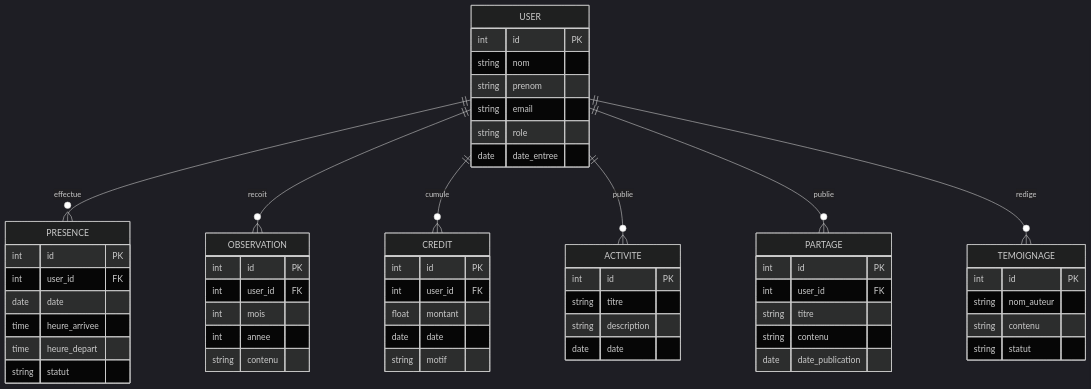
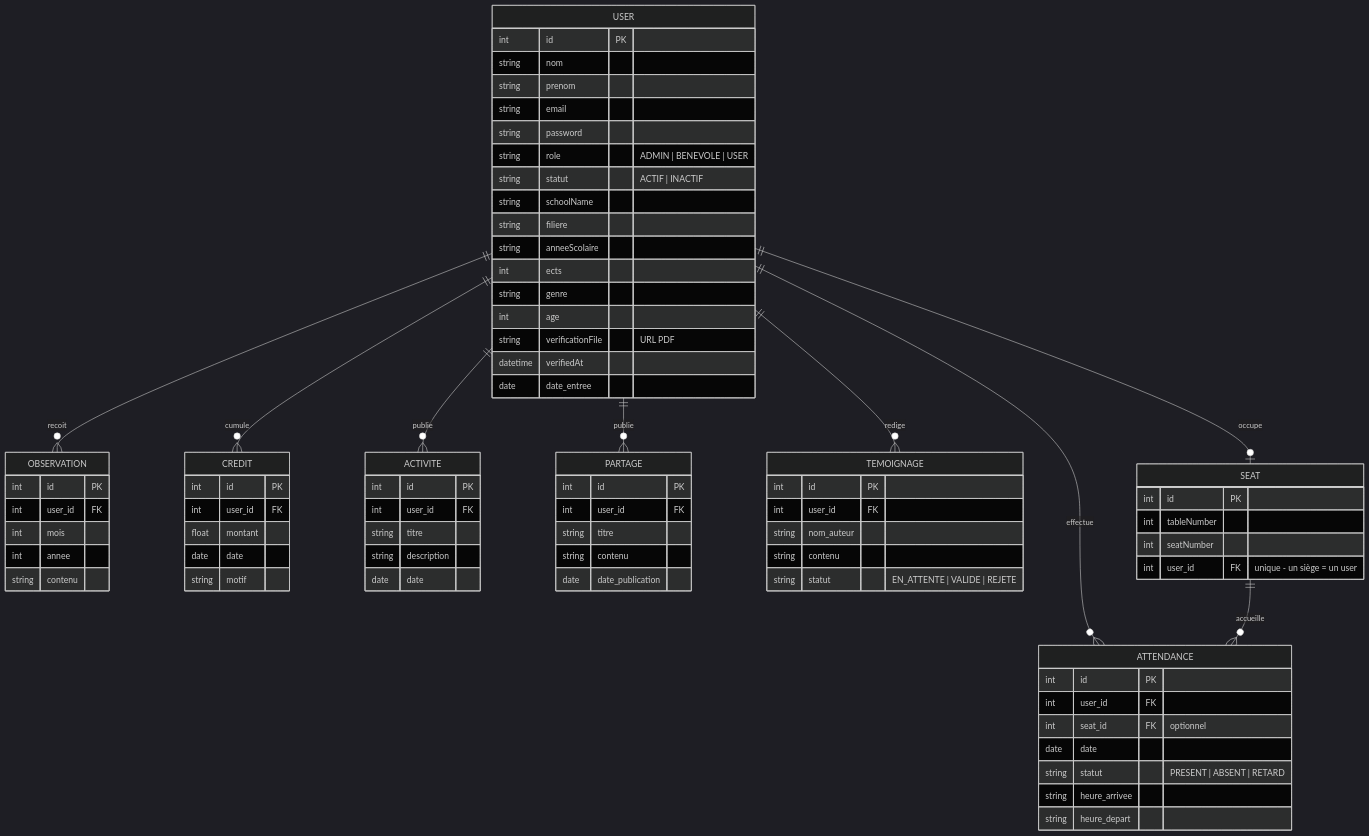
Before and after one commit to tahiry-dev-29/gestion-benevole-mdn: the second of 3 diagrams in todos/CDC_PWA_Gestion_Benevoles.md, drawn with Mermaid (dark theme). The commit also changed other lines of this file and 20 other files, not shown here.

First line of the commit message:
docs(todos): restructure sprints 0-7 with USER/BENEVOLE/Seat features

````diff
--- a/todos/CDC_PWA_Gestion_Benevoles.md
+++ b/todos/CDC_PWA_Gestion_Benevoles.md
@@ -80,59 +166,80 @@
 ```mermaid
 erDiagram
-  USER ||--o{ PRESENCE : effectue
+  USER ||--o{ ATTENDANCE : effectue
   USER ||--o{ OBSERVATION : recoit
   USER ||--o{ CREDIT : cumule
   USER ||--o{ ACTIVITE : publie
   USER ||--o{ PARTAGE : publie
   USER ||--o{ TEMOIGNAGE : redige
+  USER ||--o| SEAT : occupe
+  SEAT ||--o{ ATTENDANCE : accueille
 
   USER {
     int id PK
     string nom
     string prenom
     string email
-    string role
+    string password
+    string role "ADMIN | BENEVOLE | USER"
+    string statut "ACTIF | INACTIF"
+    string schoolName
+    string filiere
+    string anneeScolaire
+    int ects
+    string genre
+    int age
+    string verificationFile "URL PDF"
+    datetime verifiedAt
     date date_entree
   }
-  PRESENCE {
+  SEAT {
+    int id PK
+    int tableNumber
+    int seatNumber
+    int user_id FK "unique - un siège = un user"
+  }
+  ATTENDANCE {
     int id PK
     int user_id FK
+    int seat_id FK "optionnel"
     date date
-    time heure_arrivee
-    time heure_depart
-    string statut
+    string statut "PRESENT | ABSENT | RETARD"
+    string heure_arrivee
+    string heure_depart
   }
   OBSERVATION {
     int id PK
     int user_id FK
     int mois
     int annee
     string contenu
   }
   CREDIT {
     int id PK
     int user_id FK
     float montant
     date date
     string motif
   }
   ACTIVITE {
     int id PK
+    int user_id FK
     string titre
     string description
     date date
   }
   PARTAGE {
     int id PK
     int user_id FK
     string titre
     string contenu
     date date_publication
   }
   TEMOIGNAGE {
     int id PK
+    int user_id FK
     string nom_auteur
     string contenu
-    string statut
+    string statut "EN_ATTENTE | VALIDE | REJETE"
   }
 ```
````
